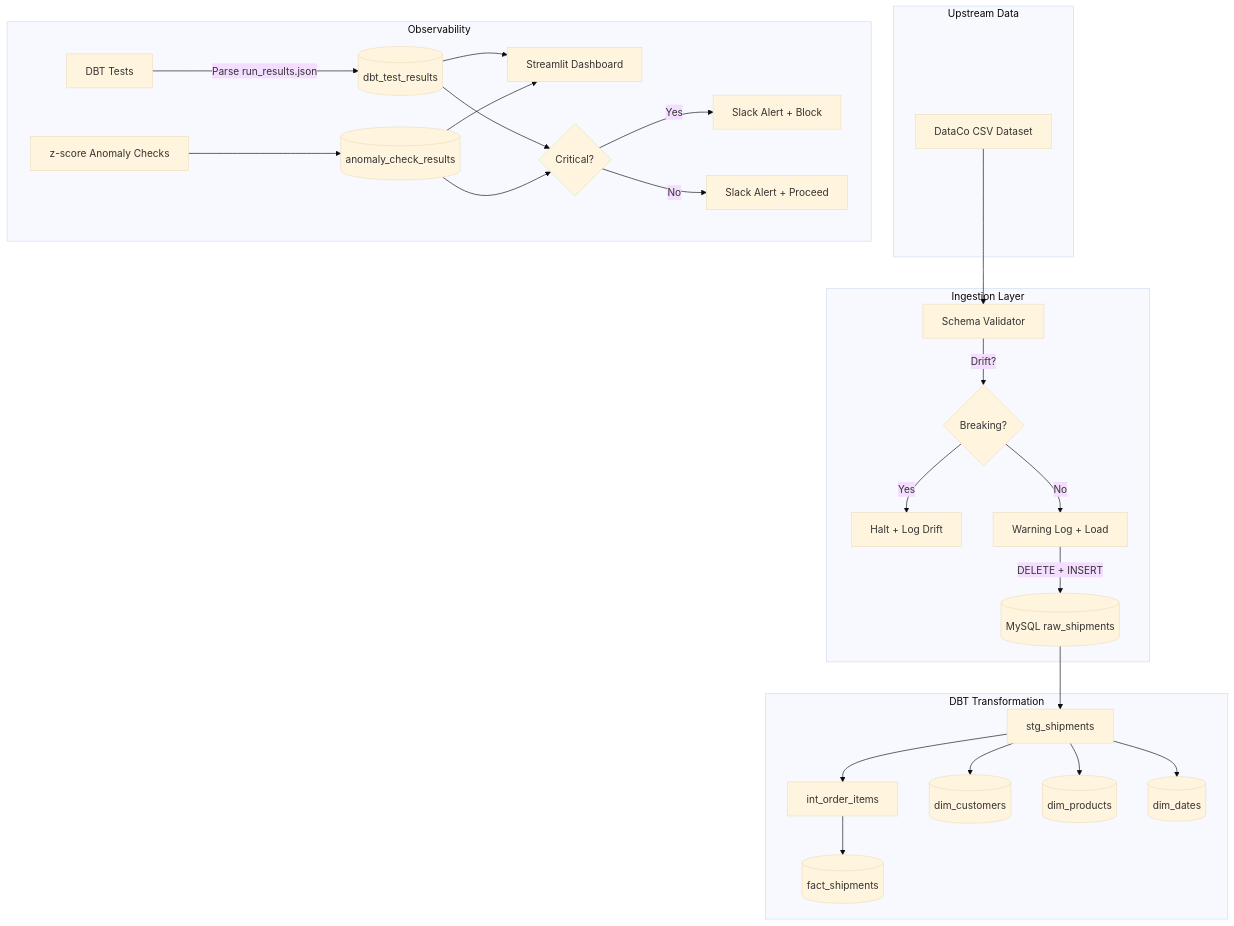
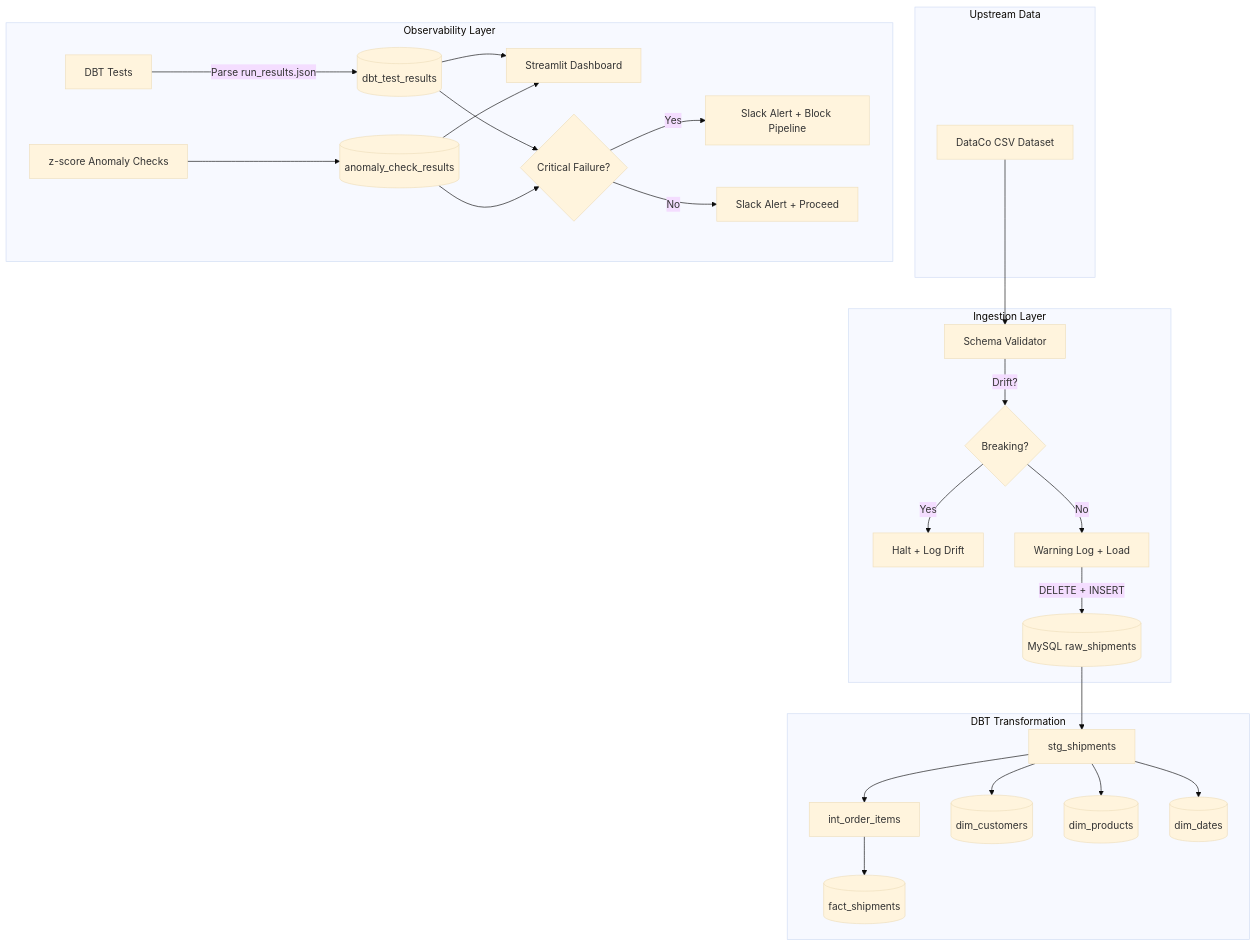
Before and after one commit to benmoustafa/shipment-observability: the diagram in README.md, drawn with Mermaid (base theme). The commit also changed other lines of this file and 1 other file, not shown here.

Commit message:
fix: update Mermaid syntax and add vector SVG architecture fallback image

````diff
--- a/README.md
+++ b/README.md
@@ -14,35 +14,35 @@
 ```mermaid
 flowchart TD
-    subgraph Upstream Data
-        A[DataCo CSV Dataset]
+    subgraph "Upstream Data"
+        A["DataCo CSV Dataset"]
     end
 
-    subgraph Ingestion Layer
-        B[Schema Validator] -->|Drift?| C{Breaking?}
-        C -->|Yes| D[Halt + Log Drift]
-        C -->|No| E[Warning Log + Load]
-        E -->|DELETE + INSERT| F[(MySQL raw_shipments)]
+    subgraph "Ingestion Layer"
+        B["Schema Validator"] -->|Drift?| C{"Breaking?"}
+        C -->|Yes| D["Halt + Log Drift"]
+        C -->|No| E["Warning Log + Load"]
+        E -->|DELETE + INSERT| F[("MySQL raw_shipments")]
     end
 
-    subgraph DBT Transformation
-        F --> G[stg_shipments]
-        G --> H[int_order_items]
-        H --> I[(fact_shipments)]
-        G --> J[(dim_customers)]
-        G --> K[(dim_products)]
-        G --> L[(dim_dates)]
+    subgraph "DBT Transformation"
+        F --> G["stg_shipments"]
+        G --> H["int_order_items"]
+        H --> I[("fact_shipments")]
+        G --> J[("dim_customers")]
+        G --> K[("dim_products")]
+        G --> L[("dim_dates")]
     end
 
-    subgraph Observability
-        M[DBT Tests] -->|Parse run_results.json| N[(dbt_test_results)]
-        O[z-score Anomaly Checks] --> N2[(anomaly_check_results)]
-        N --> P[Streamlit Dashboard]
+    subgraph "Observability Layer"
+        M["DBT Tests"] -->|Parse run_results.json| N[("dbt_test_results")]
+        O["z-score Anomaly Checks"] --> N2[("anomaly_check_results")]
+        N --> P["Streamlit Dashboard"]
         N2 --> P
-        N --> Q{Critical?}
+        N --> Q{"Critical Failure?"}
         N2 --> Q
-        Q -->|Yes| R[Slack Alert + Block]
-        Q -->|No| S[Slack Alert + Proceed]
+        Q -->|Yes| R["Slack Alert + Block Pipeline"]
+        Q -->|No| S["Slack Alert + Proceed"]
     end
 
     A --> B
 ```
````
